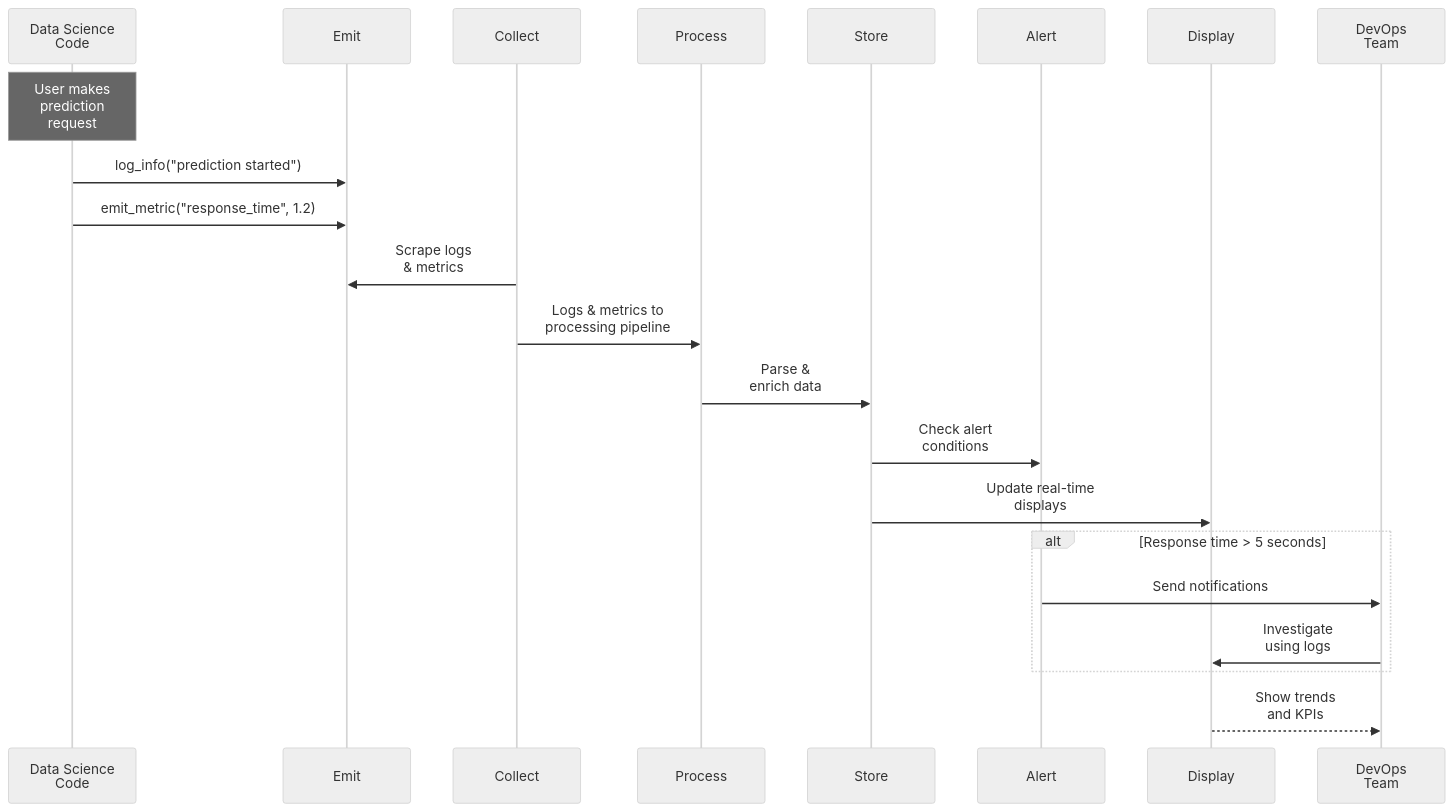
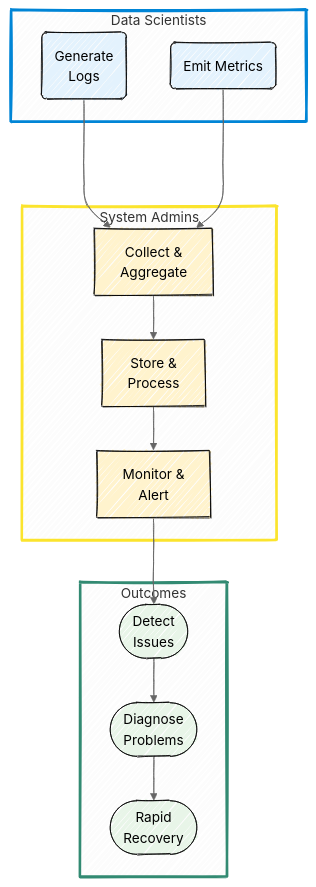
Before and after one commit to mjfrigaard/do4ds-labs: the second of 2 diagrams in lab4.qmd, drawn with Mermaid. The commit also changed other lines of this file and 34 other files, not shown here.

Commit message:
updates to mermaid

````diff
--- a/lab4.qmd
+++ b/lab4.qmd
@@ -184,33 +184,44 @@
 ```{mermaid}
-%%| fig-width: 7.5
-%%{init: {'theme': 'neutral', 'look': 'handDrawn', 'themeVariables': { 'fontFamily': 'monospace', "fontSize":"20px"}}}%%
+%%| fig-width: 8.0
+%%| fig-align: center
+%%{init: {'theme': 'neutral', 'look': 'handDrawn', 'themeVariables': { 'fontFamily': 'monospace'}}}%%
 
-sequenceDiagram
-    participant DS as Data Science<br>Code
-    participant Emit as Emit
-    participant Collect as Collect
-    participant Process as Process
-    participant Store as Store
-    participant Alert as Alert
-    participant Display as Display
-    participant Team as DevOps<br>Team
-    
-    Note over DS: User makes<br>prediction<br>request
-    
-    DS->>Emit: log_info("prediction started")
-    DS->>Emit: emit_metric("response_time", 1.2)
-    
-    Collect->>Emit: Scrape logs<br>& metrics
-    Collect->>Process: Logs & metrics to<br>processing pipeline
-    
-    Process->>Store: Parse &<br>enrich data
-    Store->>Alert: Check alert<br>conditions
-    Store->>Display: Update real-time<br>displays
-    
-    alt Response time > 5 seconds
-        Alert->>Team: Send notifications
-        Team->>Display: Investigate<br>using logs
+graph TD
+    subgraph DatSci["Data Scientists"]
+        A("Generate<br>Logs")
+        B("Emit Metrics")
     end
     
-    Display-->>Team: Show trends<br>and KPIs
+    subgraph SysAdmin["System Admins"]
+        C["Collect &<br>Aggregate"]
+        D["Store &<br>Process"]
+        E["Monitor &<br>Alert"]
+    end
+    
+    subgraph Out["Outcomes"]
+        F(["Detect<br>Issues"])
+        G(["Diagnose<br>Problems"])
+        H(["Rapid<br>Recovery"])
+    end
+    
+    A ---> C
+    B ---> C
+    C --> D
+    D --> E
+    E --> F
+    F --> G
+    G --> H
+    
+    classDef ds fill:#e3f2fd,stroke:#000,stroke-width:1px
+    classDef admin fill:#fff3cd,stroke:#000,stroke-width:1px
+    classDef outcome fill:#e8f5e8,stroke:#000,stroke-width:1px
+    
+    style DatSci stroke:#0085d6,stroke-width:3px,font-size:16px
+    style SysAdmin stroke:#fbe42d,stroke-width:3px,font-size:16px
+    style Out stroke:#328a72,stroke-width:3px,font-size:16px
+
+    class A,B ds
+    class C,D,E admin
+    class F,G,H outcome
+    
 ```
````
